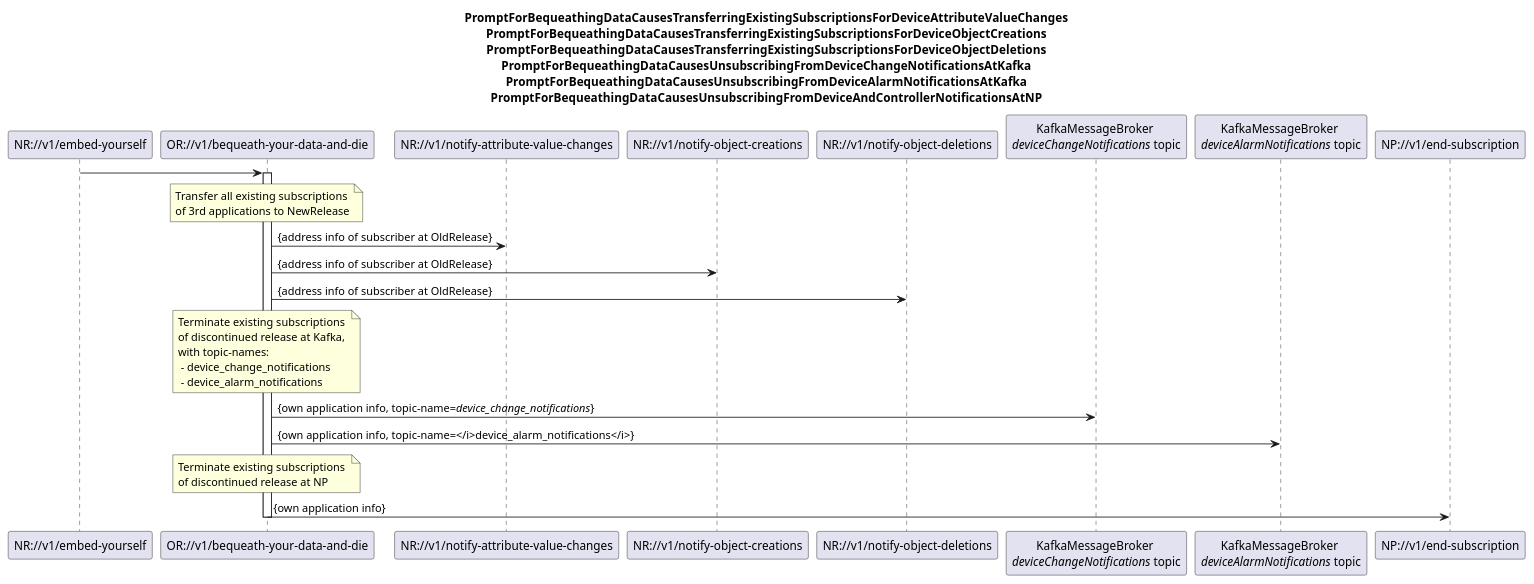
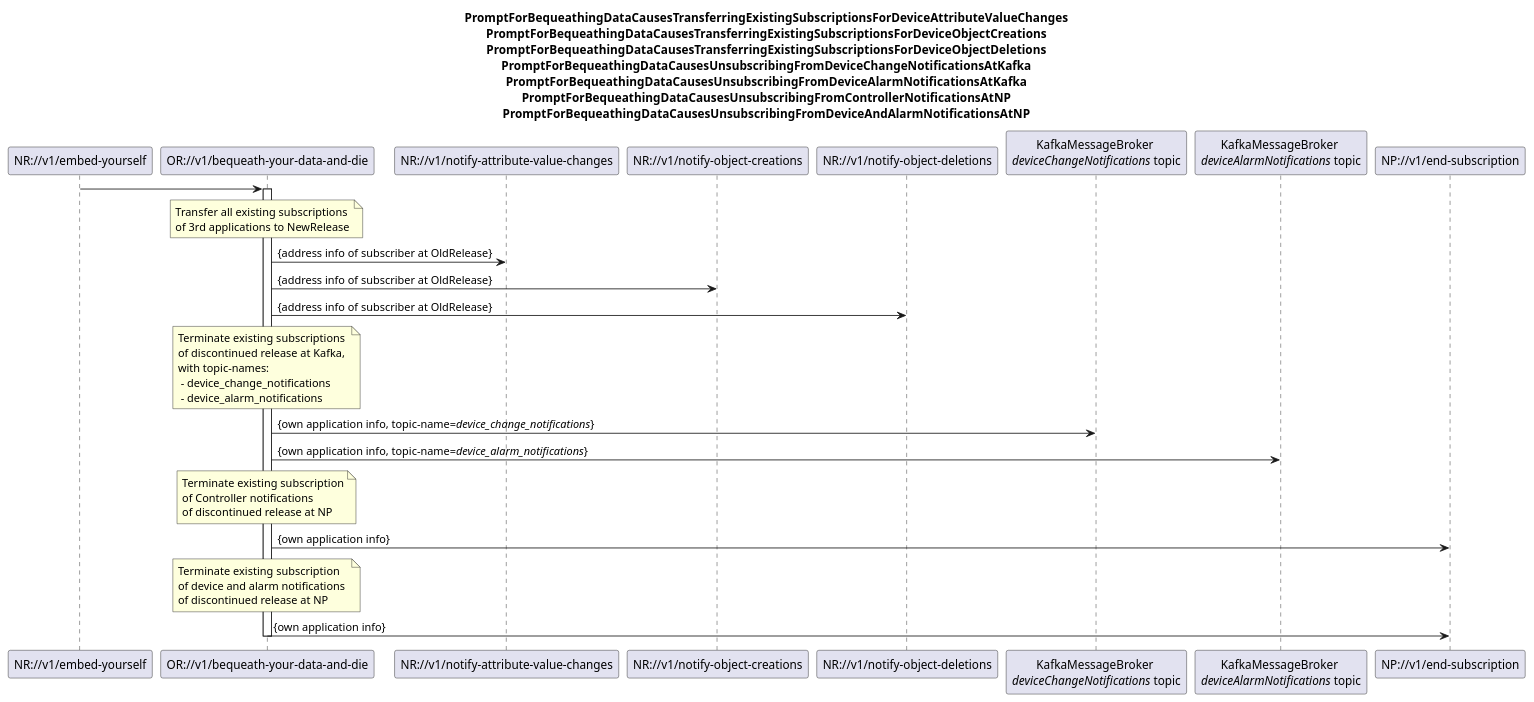
One commit to openBackhaul/MicroWaveDeviceInventory changed the diagram in spec/diagrams/09x_BequeathYourDataAndDie.plantuml. Above: the diagram before and after it, drawn with PlantUML. The commit also changed 10 other files, not shown here.

```diff
--- a/spec/diagrams/09x_BequeathYourDataAndDie.plantuml
+++ b/spec/diagrams/09x_BequeathYourDataAndDie.plantuml
@@ -1,53 +1,61 @@
 @startuml 09x_BequeathYourDataAndDie
 skinparam responseMessageBelowArrow true
 
 title
-PromptForBequeathingDataCausesTransferringExistingSubscriptionsForDeviceAttributeValueChanges
-PromptForBequeathingDataCausesTransferringExistingSubscriptionsForDeviceObjectCreations
-PromptForBequeathingDataCausesTransferringExistingSubscriptionsForDeviceObjectDeletions
-PromptForBequeathingDataCausesUnsubscribingFromDeviceChangeNotificationsAtKafka
-PromptForBequeathingDataCausesUnsubscribingFromDeviceAlarmNotificationsAtKafka
-PromptForBequeathingDataCausesUnsubscribingFromDeviceAndControllerNotificationsAtNP
+  PromptForBequeathingDataCausesTransferringExistingSubscriptionsForDeviceAttributeValueChanges
+  PromptForBequeathingDataCausesTransferringExistingSubscriptionsForDeviceObjectCreations
+  PromptForBequeathingDataCausesTransferringExistingSubscriptionsForDeviceObjectDeletions
+  PromptForBequeathingDataCausesUnsubscribingFromDeviceChangeNotificationsAtKafka
+  PromptForBequeathingDataCausesUnsubscribingFromDeviceAlarmNotificationsAtKafka
+  PromptForBequeathingDataCausesUnsubscribingFromControllerNotificationsAtNP
+  PromptForBequeathingDataCausesUnsubscribingFromDeviceAndAlarmNotificationsAtNP
 end title
 
 participant "NR://v1/embed-yourself" as NewRelease
 participant "OR://v1/bequeath-your-data-and-die" as OldRelease
 participant "NR://v1/notify-attribute-value-changes" as notifyAttributeChange
 participant "NR://v1/notify-object-creations" as notifyObjectCreation
 participant "NR://v1/notify-object-deletions" as notifyObjectDeletion
 participant "KafkaMessageBroker \n<i>deviceChangeNotifications</i> topic" as endSubsriptionAtKafkaDev
 participant "KafkaMessageBroker \n<i>deviceAlarmNotifications</i> topic" as endSubsriptionAtKafkaAlarm
 participant "NP://v1/end-subscription" as endSubsriptionAtNp
 
 NewRelease -> OldRelease
 activate OldRelease
 
 note over OldRelease
 Transfer all existing subscriptions 
 of 3rd applications to NewRelease
 end note
 OldRelease -> notifyAttributeChange: {address info of subscriber at OldRelease}
 OldRelease -> notifyObjectCreation: {address info of subscriber at OldRelease}
 OldRelease -> notifyObjectDeletion: {address info of subscriber at OldRelease}
 
 note over OldRelease
 Terminate existing subscriptions 
 of discontinued release at Kafka,
 with topic-names:
  - device_change_notifications
  - device_alarm_notifications
 end note
 OldRelease -> endSubsriptionAtKafkaDev: {own application info, topic-name=<i>device_change_notifications</i>}
-OldRelease -> endSubsriptionAtKafkaAlarm: {own application info, topic-name=</i>device_alarm_notifications</i>}
+OldRelease -> endSubsriptionAtKafkaAlarm: {own application info, topic-name=<i>device_alarm_notifications</i>}
 
 
 note over OldRelease
-Terminate existing subscriptions 
+Terminate existing subscription
+of Controller notifications 
 of discontinued release at NP
 end note
 OldRelease -> endSubsriptionAtNp: {own application info}
 
+note over OldRelease
+Terminate existing subscription
+of device and alarm notifications 
+of discontinued release at NP
+end note
+OldRelease -> endSubsriptionAtNp: {own application info}
 
 deactivate OldRelease
 
 @enduml
```
